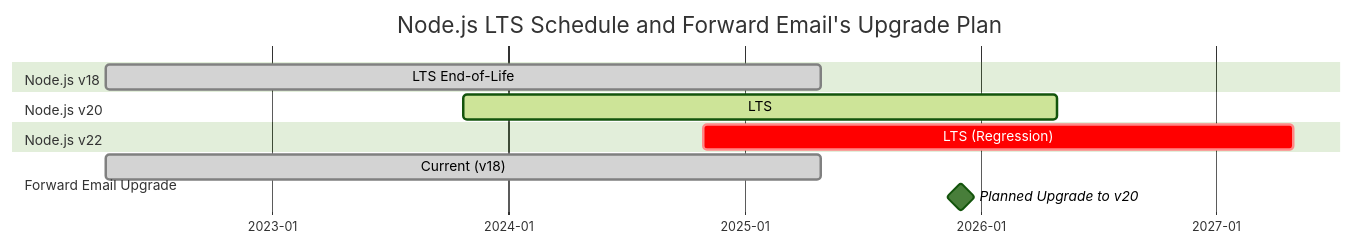
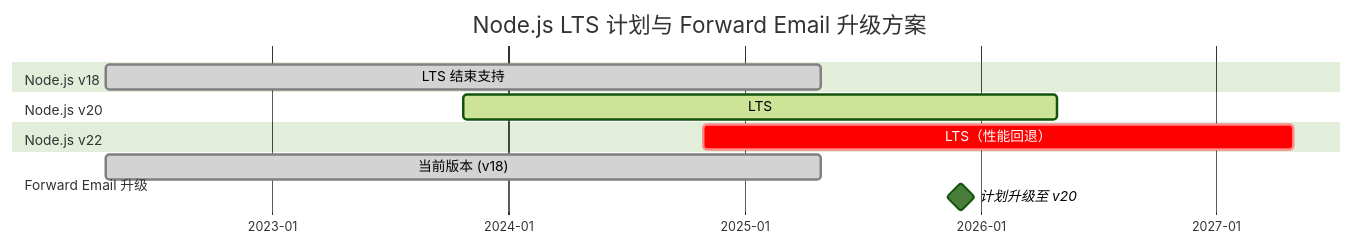
The first of 3 diagrams in app/views/docs/sqlite-performance-optimization-pragma-chacha20-production-guide/index-zh.md (forwardemail/forwardemail.net), drawn with Mermaid (forest theme) before and after one commit. The commit also changed other lines of this file and 1055 other files, not shown here.

````diff
--- a/app/views/docs/sqlite-performance-optimization-pragma-chacha20-production-guide/index-zh.md
+++ b/app/views/docs/sqlite-performance-optimization-pragma-chacha20-production-guide/index-zh.md
@@ -54,19 +56,19 @@
 ```mermaid
 gantt
-    title Node.js LTS Schedule and Forward Email's Upgrade Plan
+    title Node.js LTS 计划与 Forward Email 升级方案
     dateFormat  YYYY-MM-DD
     axisFormat  %Y-%m
 
     section Node.js v18
-    LTS End-of-Life :done, 2022-04-19, 2025-04-30
+    LTS 结束支持 :done, 2022-04-19, 2025-04-30
 
     section Node.js v20
     LTS :active, 2023-10-24, 2026-04-30
 
     section Node.js v22
-    LTS (Regression) :crit, 2024-10-29, 2027-04-30
+    LTS（性能回退） :crit, 2024-10-29, 2027-04-30
 
-    section Forward Email Upgrade
-    Current (v18) :done, 2022-04-19, 2025-04-30
-    Planned Upgrade to v20 :milestone, 2025-12-01, 1d
+    section Forward Email 升级
+    当前版本 (v18) :done, 2022-04-19, 2025-04-30
+    计划升级至 v20 :milestone, 2025-12-01, 1d
 ```
````
